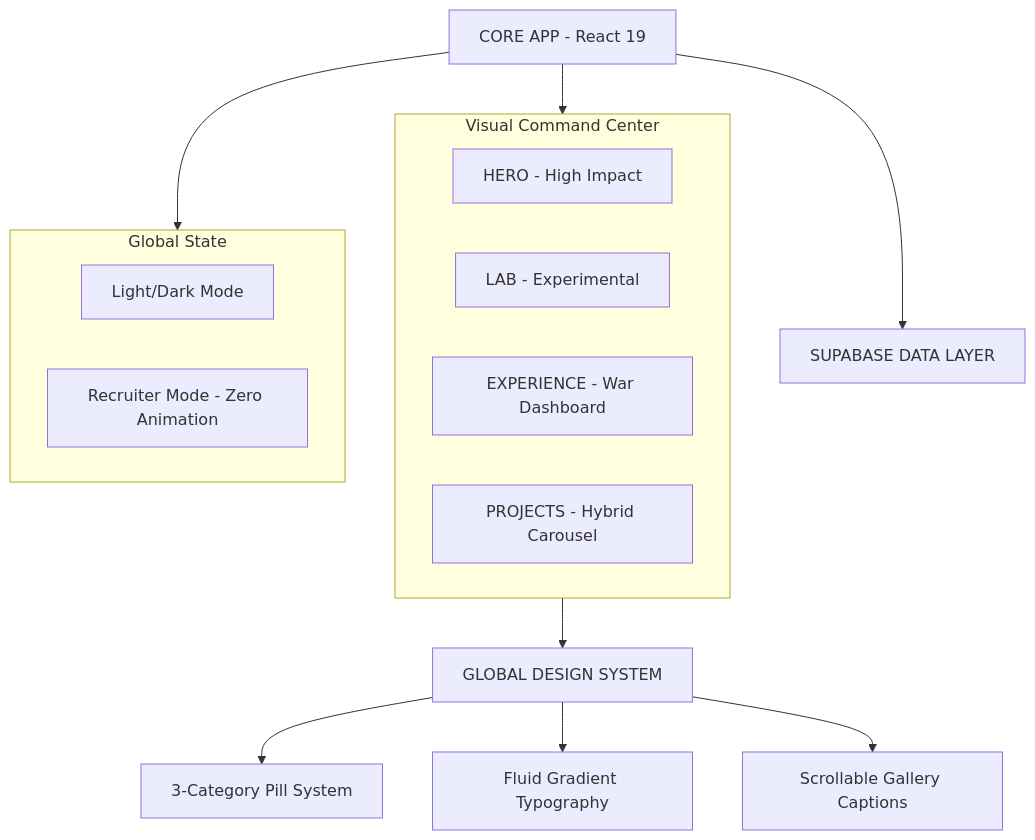
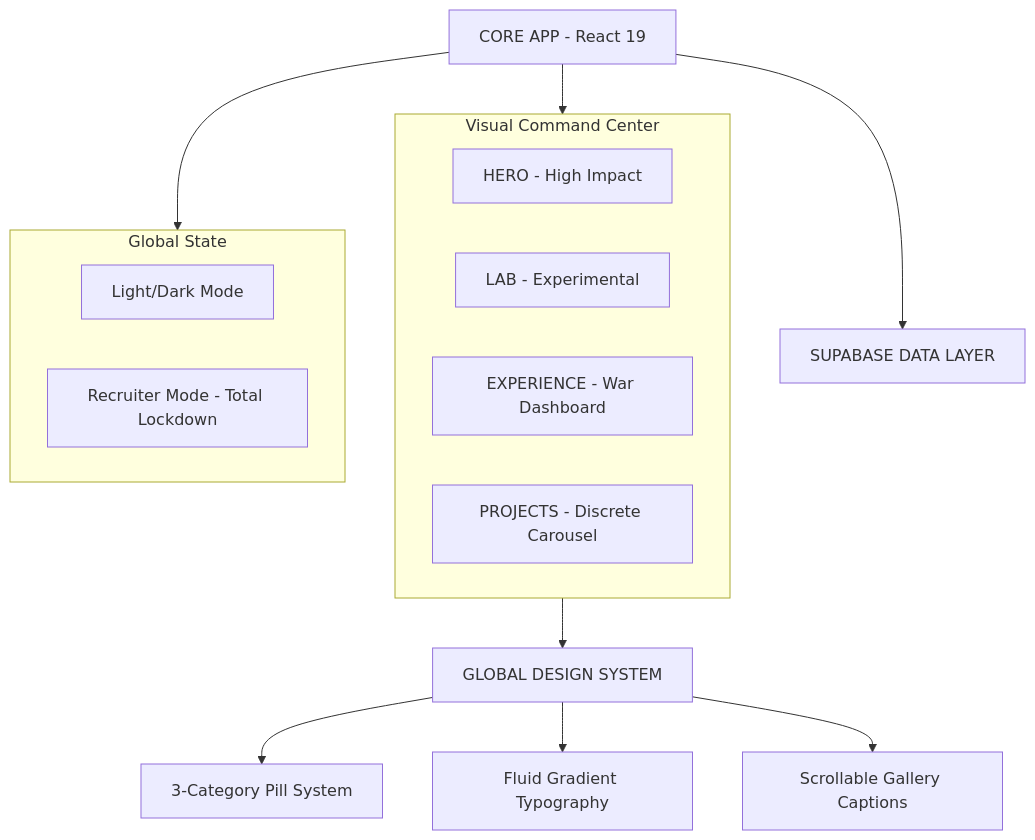
One commit to lukaslimna1/Lucas-Lima-Digital changed the diagram in README.md. Above: the diagram before and after it, drawn with Mermaid. The commit also changed other lines of this file and 15 other files, not shown here.

Commit message:
docs: update README to v6.0.4 with recruiter mode optimization and carousel fixes

````diff
--- a/README.md
+++ b/README.md
@@ -31,23 +31,23 @@
 ```mermaid
 graph TD
     A[CORE APP - React 19] --> B[VISUAL MODULES]
     A --> C[SUPABASE DATA LAYER]
     A --> E[THEME & MODE CONTROLLER]
     
     subgraph B [Visual Command Center]
         B1[HERO - High Impact]
         B2[LAB - Experimental]
         B3[EXPERIENCE - War Dashboard]
-        B4[PROJECTS - Hybrid Carousel]
+        B4[PROJECTS - Discrete Carousel]
     end
     
     subgraph E [Global State]
         E1[Light/Dark Mode]
-        E2[Recruiter Mode - Zero Animation]
+        E2[Recruiter Mode - Total Lockdown]
     end
     
     B --> D[GLOBAL DESIGN SYSTEM]
     D --> D1[3-Category Pill System]
     D --> D2[Fluid Gradient Typography]
     D --> D3[Scrollable Gallery Captions]
 ```
````
